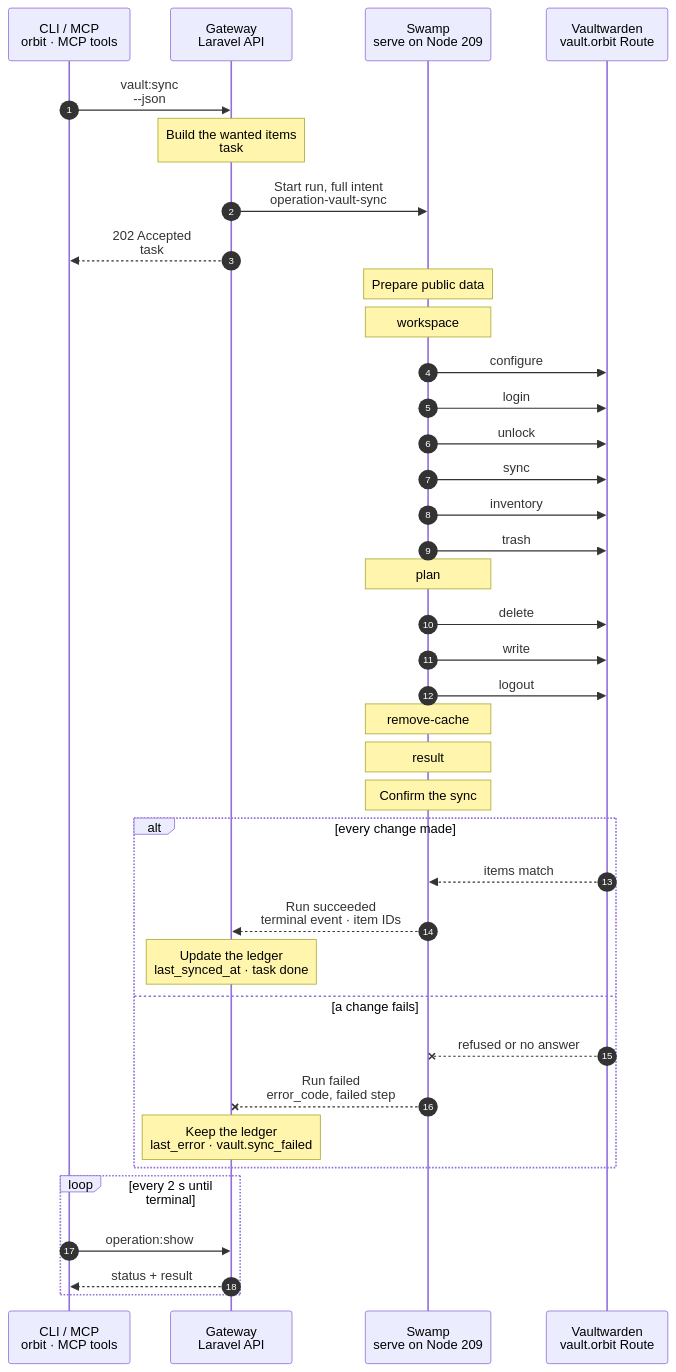
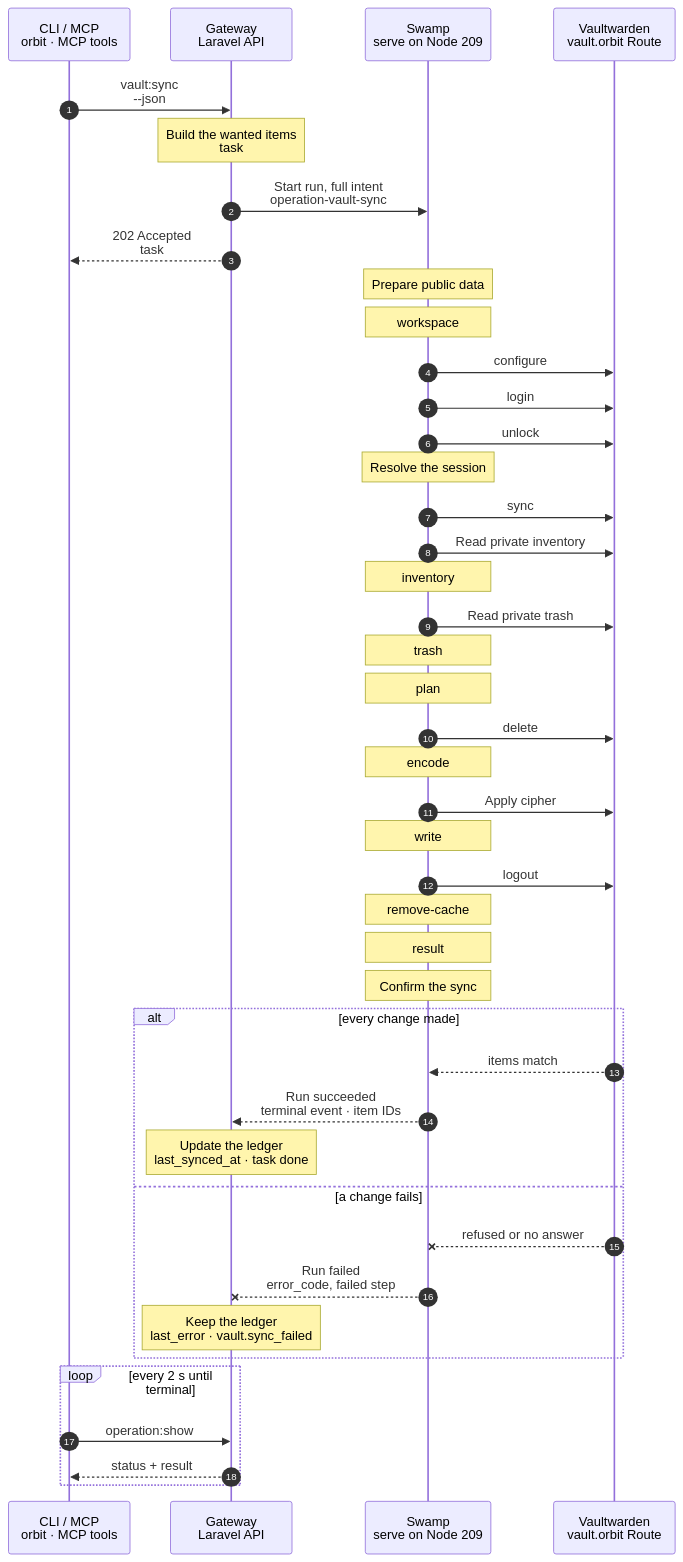
The diagram in docs/cli/vault/sync.mmd (hardimpactdev/orbit), drawn with Mermaid before and after one commit. The commit also changed 18 other files, not shown here.

First line of the commit message:
refactor(vault): expose CLI primitives and shape private data natively

```diff
--- a/docs/cli/vault/sync.mmd
+++ b/docs/cli/vault/sync.mmd
@@ -1,93 +1,113 @@
 sequenceDiagram
   %% Target design: ADR 0244 task, DECISIONS R2-R4, swamp-vault-design (Vaultwarden = human copy). docs/reference/vaultwarden.md#sync.
   %% Tightened: flow-tighten 2026-11-02, rule 22 (direct pinned CLI primitives, private environment and stdin; no shipped scripts).
   %% status: draft
   %% command: vault:sync
   %% kind: vault.sync
   autonumber
   %% lane CLI icon=terminal pill=caller tone=gray
   %% lane GW icon=gateway pill=intent tone=blue
   %% lane SW icon=workflow pill=executes tone=green
   %% lane VW icon=server pill=target tone=purple
   participant CLI as CLI / MCP<br/>orbit · MCP tools
   participant GW as Gateway<br/>Laravel API
   participant SW as Swamp<br/>serve on Node 209
   participant VW as Vaultwarden<br/>vault.orbit Route
   CLI->>GW: vault:sync<br/>--json
   %%> Command:
   %%> - `orbit vault:sync`
   %%> - syntax: `[--idempotency-key=KEY] [--json]`
   %%> When:
   %%> - the Gateway admits the same sync itself when a database credential changes, and once an hour to repair drift
   %%> - run the command to see the result at once
   %%> Not included:
   %%> - no per-minute poll; nothing runs while nothing changed, except the hourly check
   Note over GW: Build the wanted items<br/>task #5168 · items to vault
   %%> Requirements:
   %%> - the `vault` extension is on and Vaultwarden is set up, else `vault.not_configured`
   %%> - no other setup, sync or teardown runs; a busy sync waits briefly, then returns `vault.sync_busy`
   %%> What it does:
   %%> - builds one Database item per MySQL and PostgreSQL connection and Database user with a stored password; others are listed as skipped
   %%> - pushes the wanted items and the account secrets to the Swamp vault as `vault-sync-5168` after commit (R3)
   %%> Result:
   %%> - task #5168 recorded with the publishing ledger as input
   GW->>SW: Start run, full intent<br/>operation-vault-sync
   %%> What it does:
   %%> - starts one Swamp run on serve (Node 209); no Node is a target
   %%> Inputs:
   %%> - the setup, the ledger of published item IDs and sources, and the vault key names; never a password
   GW-->>CLI: 202 Accepted<br/>task #5168
   %%> What you get:
   %%> - the task number, at once
   %%> Next:
   %%> - the CLI follows the task with `operation:show`, then prints `vault:status`
   %% Worker-side actions use the pinned official CLI directly. No scripts are shipped or copied.
   Note over SW: Prepare public data
+  %%> What it does:
+  %%> - compares the frozen public and private configuration, then stores credentials as native sensitive fields
   Note over SW: workspace
   SW->>VW: configure
   SW->>VW: login
   SW->>VW: unlock
+  Note over SW: Resolve the session
+  %%> What it does:
+  %%> - shapes private CLI data; credentials stay in native vault storage and cipher stdin stays in the 0700 scratch directory
   SW->>VW: sync
-  SW->>VW: inventory
-  SW->>VW: trash
+  SW->>VW: Read private inventory
+  Note over SW: inventory
+  SW->>VW: Read private trash
+  Note over SW: trash
   Note over SW: plan
   SW->>VW: delete
-  SW->>VW: write
+  %%> For each:
+  %%> - one action per admitted cipher; native receipts preserve completed work on resume
+  Note over SW: encode
+  %%> What it does:
+  %%> - shapes private CLI data; credentials stay in native vault storage and cipher stdin stays in the 0700 scratch directory
+  %%> For each:
+  %%> - one action per admitted cipher; native receipts preserve completed work on resume
+  SW->>VW: Apply cipher
+  %%> For each:
+  %%> - one action per admitted cipher; native receipts preserve completed work on resume
+  Note over SW: write
+  %%> For each:
+  %%> - one action per admitted cipher; native receipts preserve completed work on resume
   SW->>VW: logout
   Note over SW: remove-cache
   Note over SW: result
   Note over SW: Confirm the sync
+  %% Each command step runs one pinned CLI command. Typed shapers expose only bounded public metadata.
   alt every change made
     VW-->>SW: items match
     %%> Returns:
     %%> - each item's ID and source
     SW-->>GW: Run succeeded<br/>terminal event · item IDs
     %%> How the Gateway learns it:
     %%> - its shared run reader sees the terminal event; Swamp never calls the Gateway
     Note over GW: Update the ledger<br/>last_synced_at · task done
     %%> Result:
     %%> - the publishing ledger records each item ID; `vault:status` shows the new `last_synced_at`
     %%> - task #5168 succeeds
   else a change fails
     VW--xSW: refused or no answer
     %%> When:
     %%> - login or unlock fails, Vaultwarden is down, or a create, edit or delete fails
     SW--xGW: Run failed<br/>error_code, failed step
     %%> The Gateway reads:
     %%> - which step failed and its safe error code
     Note over GW: Keep the ledger<br/>last_error · vault.sync_failed
     %%> Result:
     %%> - the ledger stays unchanged; `vault:status` shows `last_error`; task #5168 fails
     %%> In Vaultwarden:
     %%> - changes made before the failure stay
     %%> Retry:
     %%> - safe: the next sync reads the collection again and adopts items a lost reply created
   end
   loop every 2 s until terminal
     CLI->>GW: operation:show #5168
     %%> What it does:
     %%> - asks for the task's status every 2 seconds until it has ended
     GW-->>CLI: status + result
     %%> Returns:
     %%> - the current status, and the result once the task has ended
   end
```
